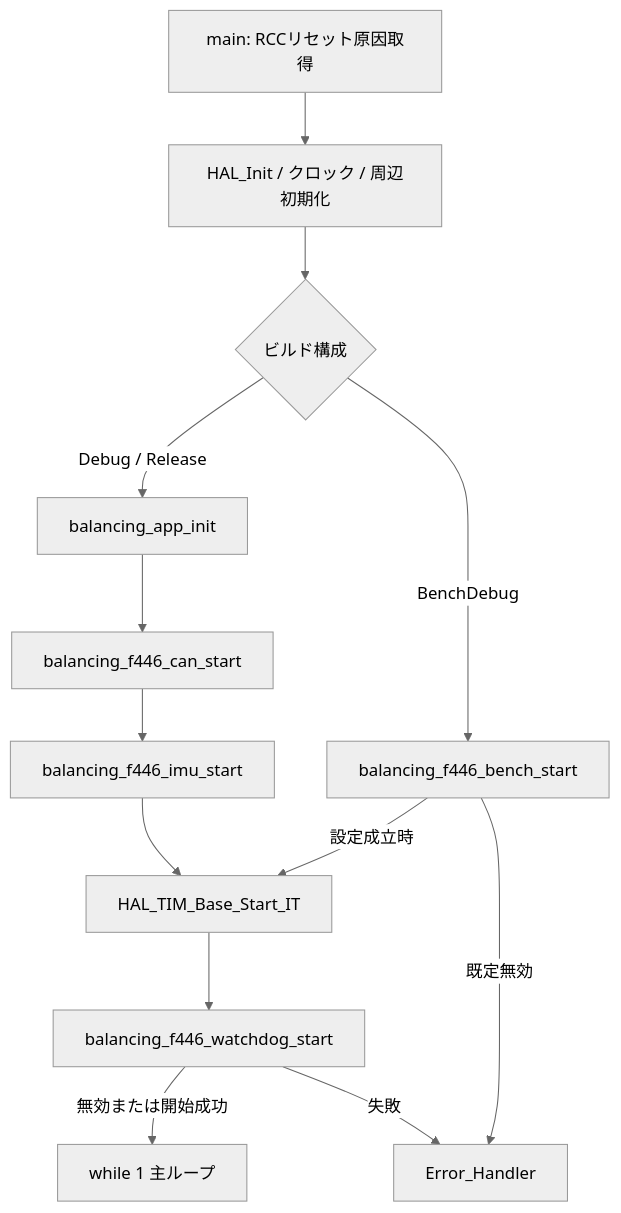
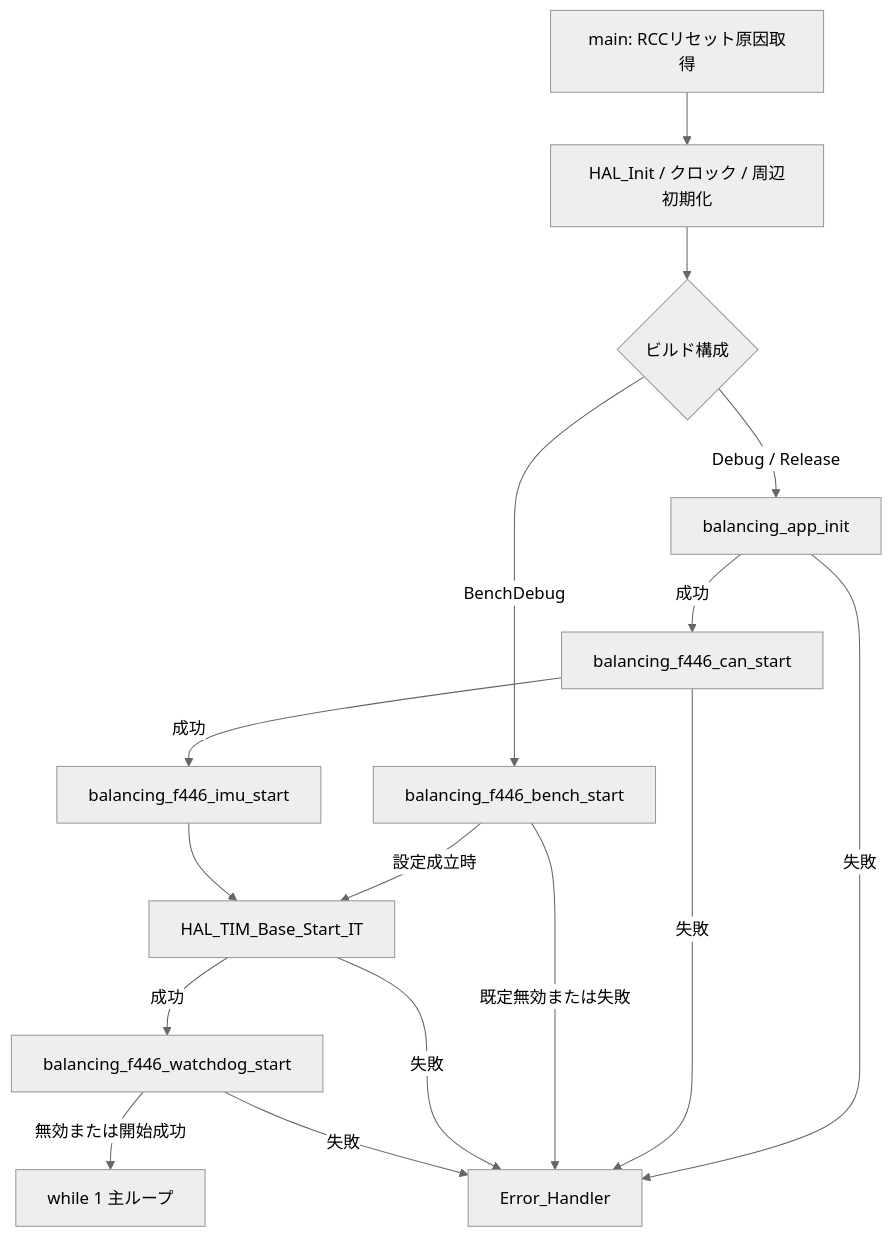
One commit to kou-pen/balancing changed the first of 11 diagrams in docs/diagrams.md. Above: the diagram before and after it, drawn with Mermaid (neutral theme). The commit also changed other lines of this file and 14 other files, not shown here.

```diff
--- a/docs/diagrams.md
+++ b/docs/diagrams.md
@@ -7,15 +7,18 @@
 <pre class="mermaid">
 flowchart TB
     RESET["main: RCCリセット原因取得"] --> HAL["HAL_Init / クロック / 周辺初期化"]
     HAL --> MODE{"ビルド構成"}
     MODE -->|Debug / Release| APP["balancing_app_init"]
-    APP --> CAN["balancing_f446_can_start"]
-    CAN --> IMU["balancing_f446_imu_start"]
+    APP -->|成功| CAN["balancing_f446_can_start"]
+    APP -->|失敗| ERROR["Error_Handler"]
+    CAN -->|成功| IMU["balancing_f446_imu_start"]
+    CAN -->|失敗| ERROR
     MODE -->|BenchDebug| BENCH["balancing_f446_bench_start"]
-    BENCH -->|既定無効| ERROR["Error_Handler"]
+    BENCH -->|既定無効または失敗| ERROR
     BENCH -->|設定成立時| TIMER["HAL_TIM_Base_Start_IT"]
     IMU --> TIMER
-    TIMER --> WDG["balancing_f446_watchdog_start"]
+    TIMER -->|成功| WDG["balancing_f446_watchdog_start"]
+    TIMER -->|失敗| ERROR
     WDG -->|無効または開始成功| LOOP["while 1 主ループ"]
     WDG -->|失敗| ERROR
 </pre>
```
